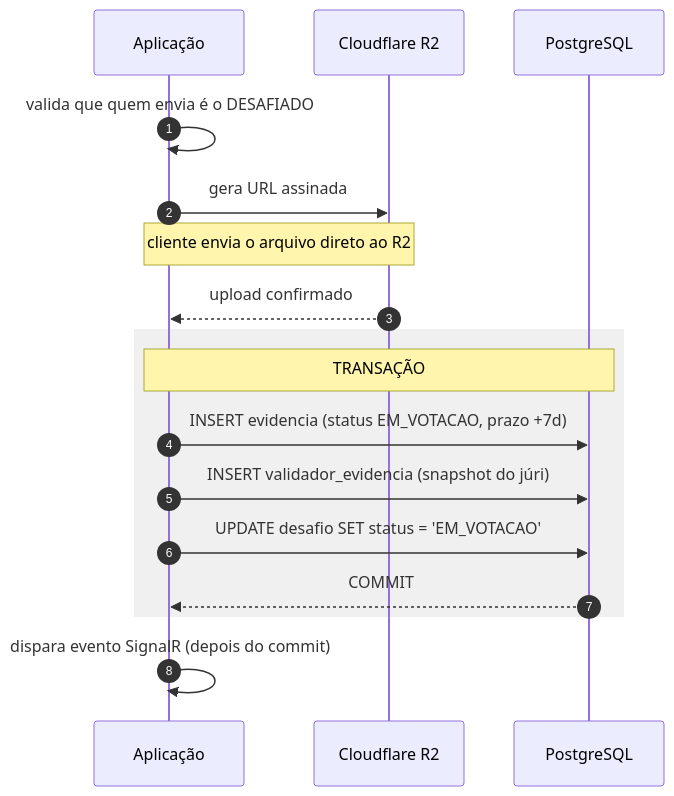
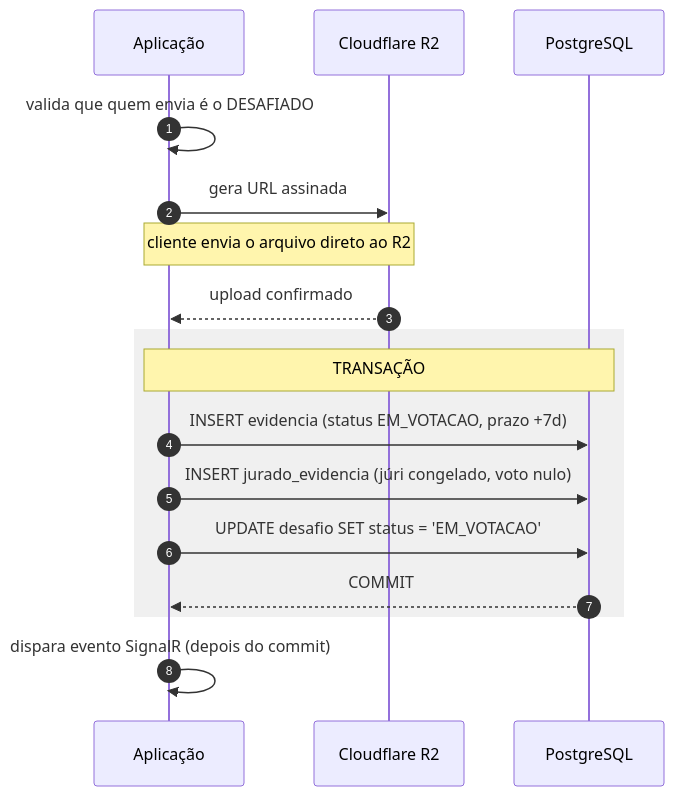
Before and after one commit to SecreTavin/A3-banco-de-dados: the first of 2 diagrams in docs/02-arquitetura/15-integracao-sistema-bd.md, drawn with Mermaid. The commit also changed other lines of this file and 20 other files, not shown here.

````diff
--- a/docs/02-arquitetura/15-integracao-sistema-bd.md
+++ b/docs/02-arquitetura/15-integracao-sistema-bd.md
@@ -34,22 +34,22 @@
 ```mermaid
 sequenceDiagram
     autonumber
     participant APP as Aplicação
     participant R2 as Cloudflare R2
     participant PG as PostgreSQL
 
     APP->>APP: valida que quem envia é o DESAFIADO
     APP->>R2: gera URL assinada
     Note over APP,R2: cliente envia o arquivo direto ao R2
     R2-->>APP: upload confirmado
 
     rect rgb(240, 240, 240)
         Note over APP,PG: TRANSAÇÃO
         APP->>PG: INSERT evidencia (status EM_VOTACAO, prazo +7d)
-        APP->>PG: INSERT validador_evidencia (snapshot do júri)
+        APP->>PG: INSERT jurado_evidencia (júri congelado, voto nulo)
         APP->>PG: UPDATE desafio SET status = 'EM_VOTACAO'
         PG-->>APP: COMMIT
     end
 
     APP->>APP: dispara evento SignalR (depois do commit)
 ```
````
